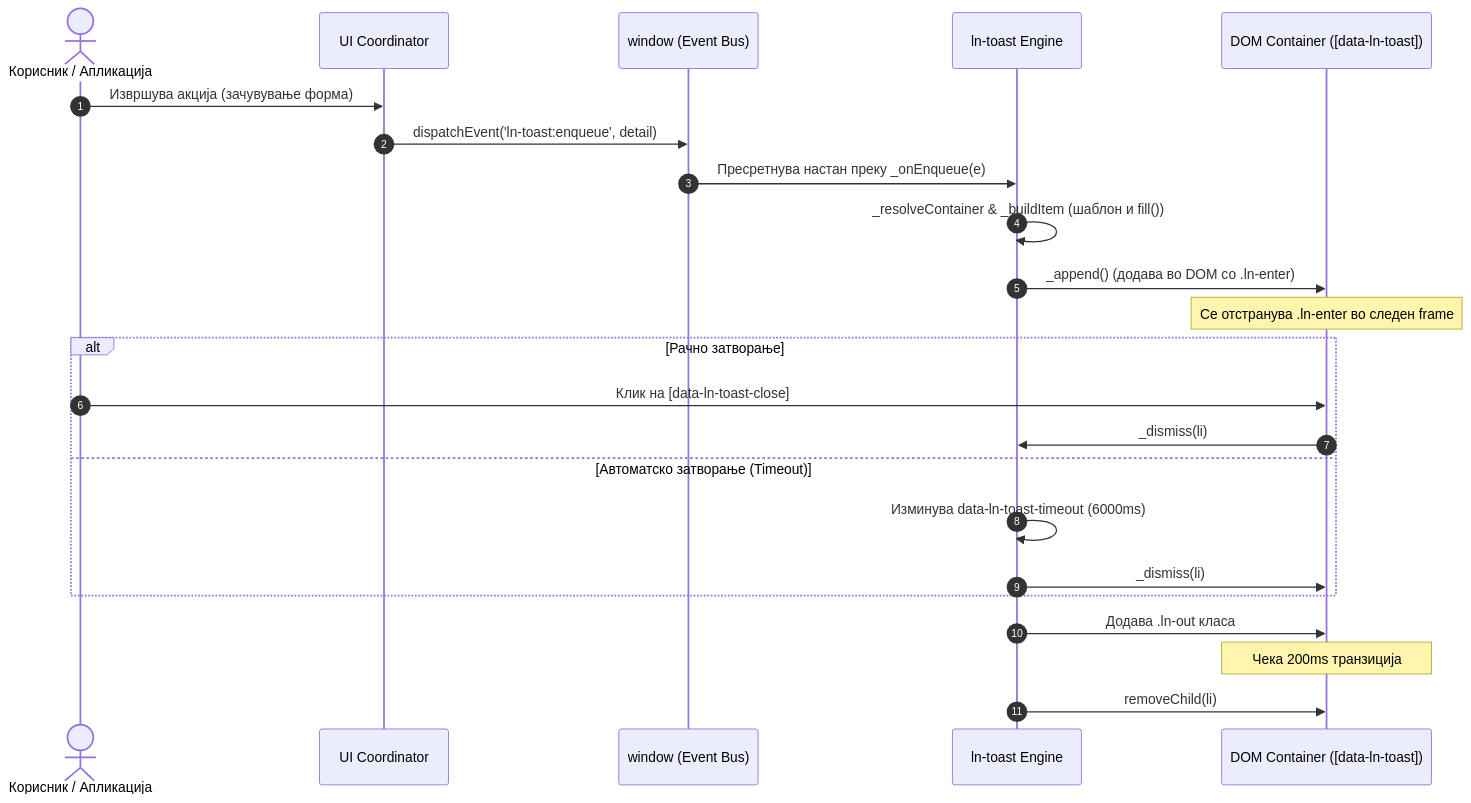
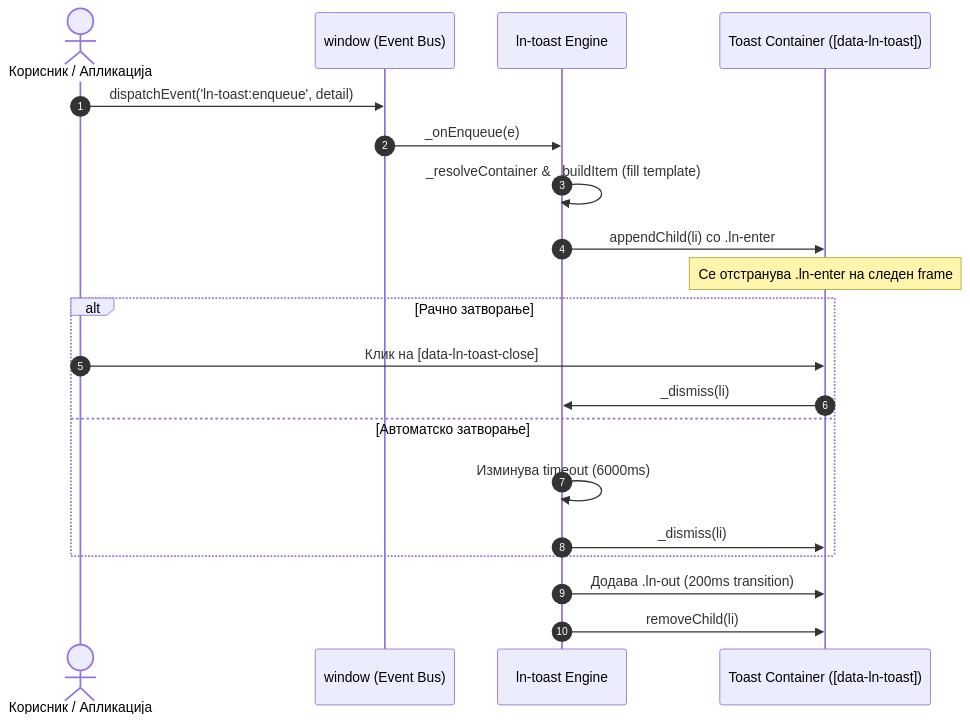
Before and after one commit to livenetworks/ln-ashlar: the diagram in architecture_docs_draft/components/ln-toast.md, drawn with Mermaid. The commit also changed other lines of this file and 15 other files, not shown here.

````diff
--- a/architecture_docs_draft/components/ln-toast.md
+++ b/architecture_docs_draft/components/ln-toast.md
@@ -186,28 +132,25 @@
 ```mermaid
 sequenceDiagram
     autonumber
     actor User as Корисник / Апликација
-    participant Coord as UI Coordinator
     participant Win as window (Event Bus)
     participant Engine as ln-toast Engine
-    participant DOM as DOM Container ([data-ln-toast])
+    participant DOM as Toast Container ([data-ln-toast])
 
-    User->>Coord: Извршува акција (зачувување форма)
-    Coord->>Win: dispatchEvent('ln-toast:enqueue', detail)
-    Win->>Engine: Пресретнува настан преку _onEnqueue(e)
-    Engine->>Engine: _resolveContainer & _buildItem (шаблон и fill())
-    Engine->>DOM: _append() (додава во DOM со .ln-enter)
-    Note over DOM: Се отстранува .ln-enter во следен frame
-    
+    User->>Win: dispatchEvent('ln-toast:enqueue', detail)
+    Win->>Engine: _onEnqueue(e)
+    Engine->>Engine: _resolveContainer & _buildItem (fill template)
+    Engine->>DOM: appendChild(li) со .ln-enter
+    Note over DOM: Се отстранува .ln-enter на следен frame
+
     alt Рачно затворање
         User->>DOM: Клик на [data-ln-toast-close]
         DOM->>Engine: _dismiss(li)
-    else Автоматско затворање (Timeout)
-        Engine->>Engine: Изминува data-ln-toast-timeout (6000ms)
+    else Автоматско затворање
+        Engine->>Engine: Изминува timeout (6000ms)
         Engine->>DOM: _dismiss(li)
     end
 
-    Engine->>DOM: Додава .ln-out класа
-    Note over DOM: Чека 200ms транзиција
+    Engine->>DOM: Додава .ln-out (200ms transition)
     Engine->>DOM: removeChild(li)
 ```
````
